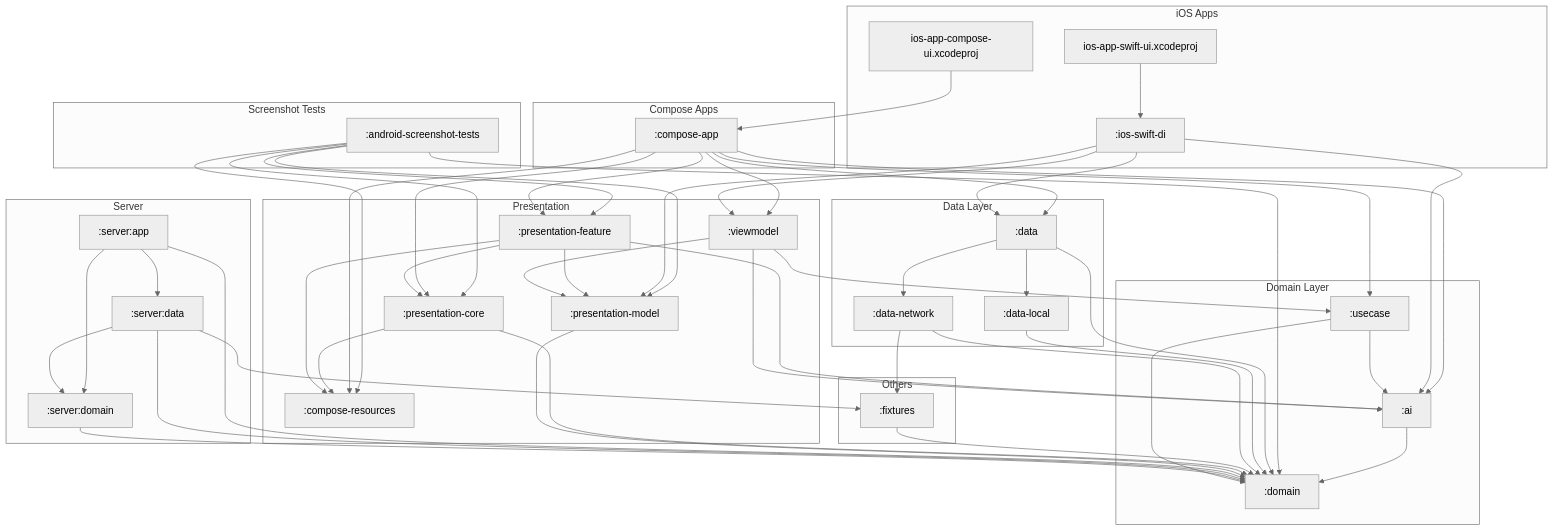
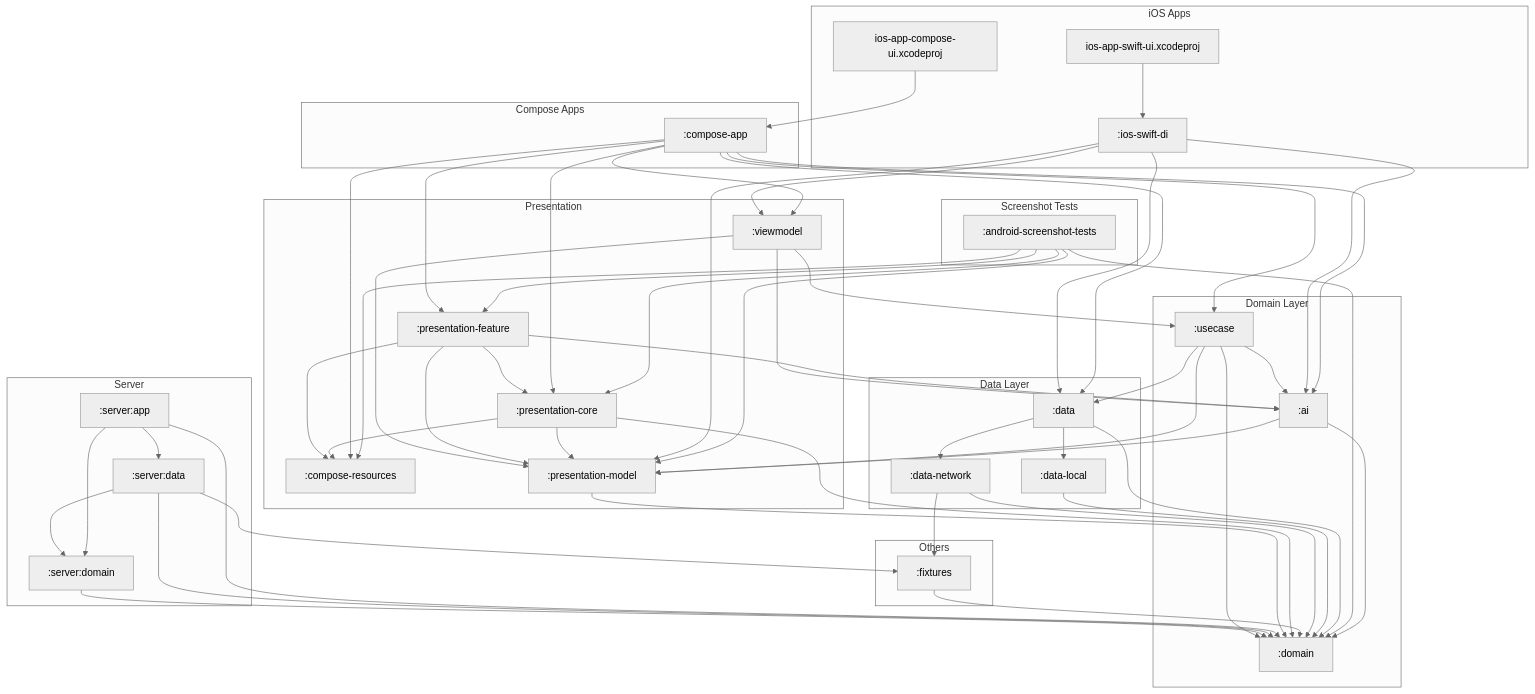
Before and after one commit to cartland/battery-butler: the diagram in docs/diagrams/full_system_structure.mmd, drawn with Mermaid (neutral theme). The commit also changed 51 other files, not shown here.

```diff
--- a/docs/diagrams/full_system_structure.mmd
+++ b/docs/diagrams/full_system_structure.mmd
@@ -1,108 +1,112 @@
 graph TD
     subgraph "iOS Apps"
         IosSwiftDi[":ios-swift-di"]
         IosAppComposeUi.xcodeproj["ios-app-compose-ui.xcodeproj"]
         IosAppSwiftUi.xcodeproj["ios-app-swift-ui.xcodeproj"]
     end
 
     subgraph "Compose Apps"
         ComposeApp[":compose-app"]
     end
 
     subgraph "Server"
         ServerApp[":server:app"]
         ServerData[":server:data"]
         ServerDomain[":server:domain"]
     end
 
     subgraph "Presentation"
         ComposeResources[":compose-resources"]
         PresentationCore[":presentation-core"]
         PresentationFeature[":presentation-feature"]
         PresentationModel[":presentation-model"]
         Viewmodel[":viewmodel"]
     end
 
     subgraph "Domain Layer"
         Ai[":ai"]
         Domain[":domain"]
         Usecase[":usecase"]
     end
 
     subgraph "Data Layer"
         Data[":data"]
         DataLocal[":data-local"]
         DataNetwork[":data-network"]
     end
 
     subgraph "Screenshot Tests"
         AndroidScreenshotTests[":android-screenshot-tests"]
     end
 
     subgraph "Others"
         Fixtures[":fixtures"]
     end
 
     %% Dependencies
     Ai --> Domain
+    Ai --> PresentationModel
 
     AndroidScreenshotTests --> ComposeResources
     AndroidScreenshotTests --> Domain
     AndroidScreenshotTests --> PresentationCore
     AndroidScreenshotTests --> PresentationFeature
     AndroidScreenshotTests --> PresentationModel
 
     ComposeApp --> Ai
     ComposeApp --> ComposeResources
     ComposeApp --> Data
     ComposeApp --> PresentationCore
     ComposeApp --> PresentationFeature
     ComposeApp --> Usecase
     ComposeApp --> Viewmodel
 
     Data --> DataLocal
     Data --> DataNetwork
     Data --> Domain
 
     DataLocal --> Domain
 
     DataNetwork --> Domain
     DataNetwork --> Fixtures
 
     Fixtures --> Domain
 
     IosSwiftDi --> Ai
     IosSwiftDi --> Data
     IosSwiftDi --> PresentationModel
     IosSwiftDi --> Viewmodel
 
     PresentationCore --> ComposeResources
     PresentationCore --> Domain
+    PresentationCore --> PresentationModel
 
     PresentationFeature --> Ai
     PresentationFeature --> ComposeResources
     PresentationFeature --> PresentationCore
     PresentationFeature --> PresentationModel
 
     PresentationModel --> Domain
 
     ServerApp --> Domain
     ServerApp --> ServerData
     ServerApp --> ServerDomain
 
     ServerData --> Domain
     ServerData --> Fixtures
     ServerData --> ServerDomain
 
     ServerDomain --> Domain
 
     Usecase --> Ai
+    Usecase --> Data
     Usecase --> Domain
+    Usecase --> PresentationModel
 
     Viewmodel --> Ai
     Viewmodel --> PresentationModel
     Viewmodel --> Usecase
 
     IosAppComposeUi.xcodeproj --> ComposeApp
 
     IosAppSwiftUi.xcodeproj --> IosSwiftDi
```
